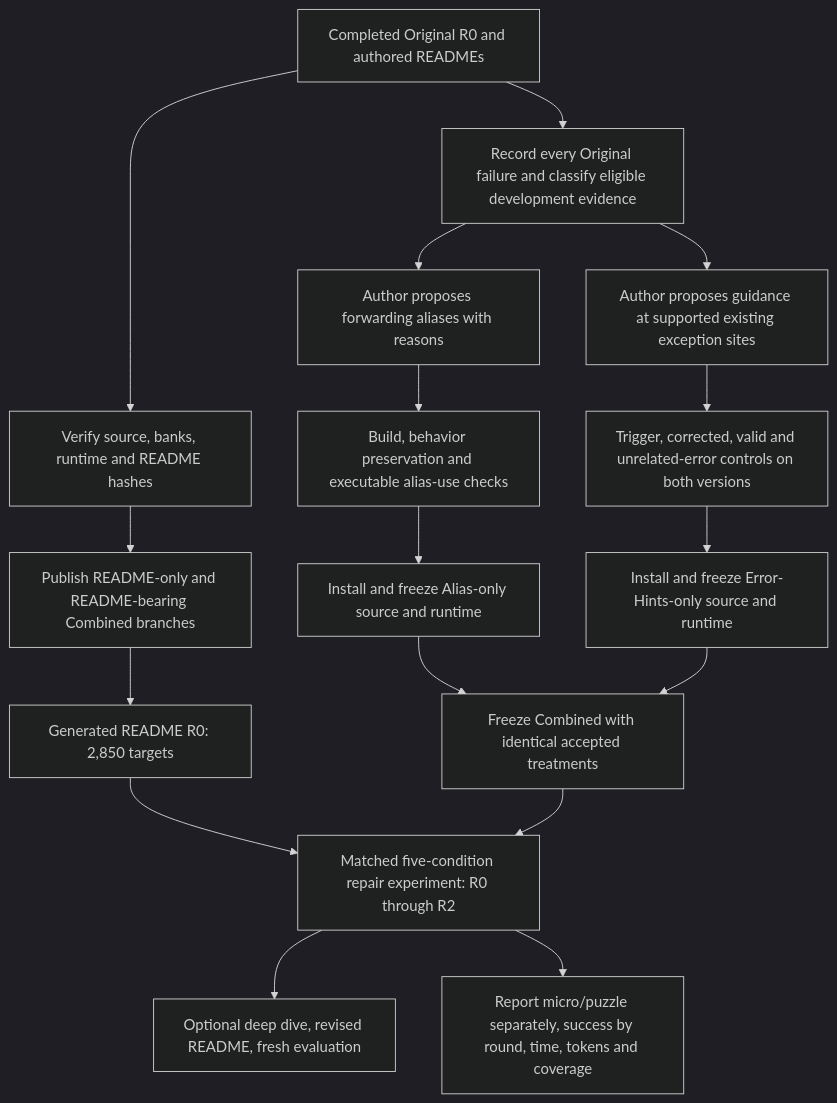
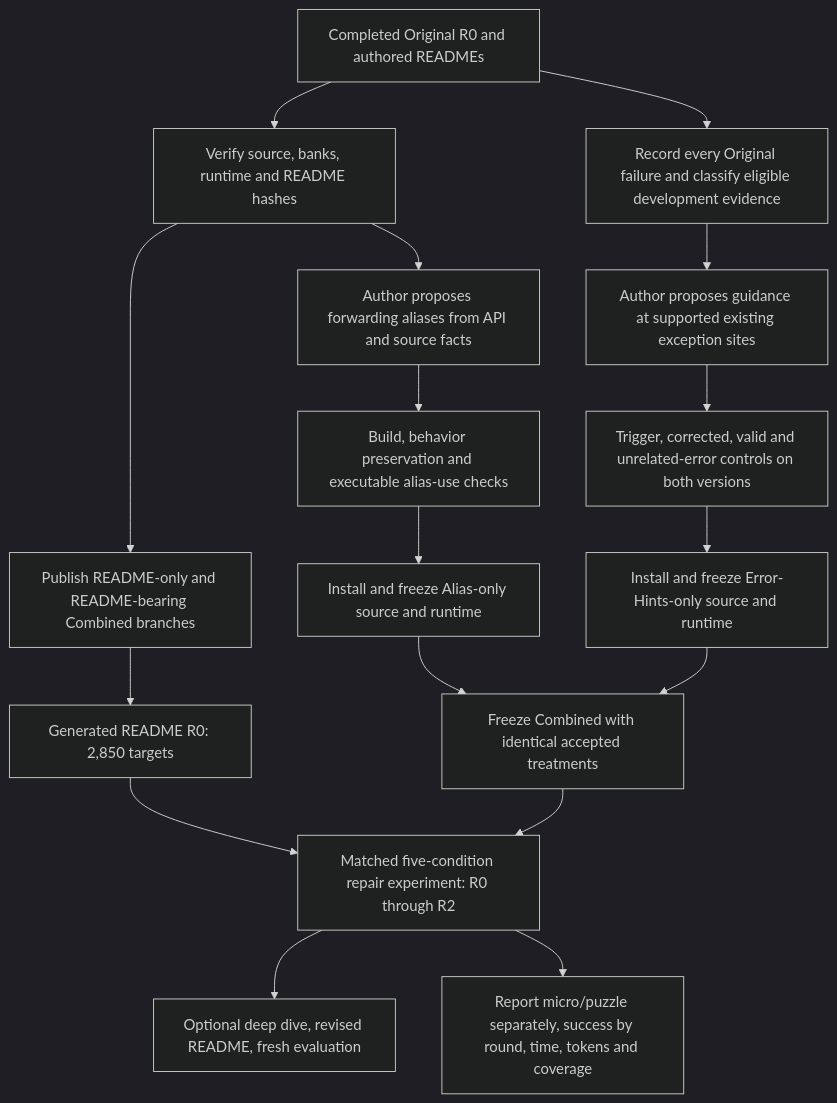
The diagram in experiments/2026-11-17-latest-stable-canonical/operator/ablation/2026-11-18/PLAN.md (ZhuochengShang/AIDEAL), drawn with Mermaid (dark theme) before and after one commit. The commit also changed other lines of this file and 223 other files, not shown here.

````diff
--- a/experiments/2026-11-17-latest-stable-canonical/operator/ablation/2026-11-18/PLAN.md
+++ b/experiments/2026-11-17-latest-stable-canonical/operator/ablation/2026-11-18/PLAN.md
@@ -33,19 +33,19 @@
 ```mermaid
 flowchart TD
   A[Completed Original R0 and authored READMEs] --> B[Verify source, banks, runtime and README hashes]
   B --> C[Publish README-only and README-bearing Combined branches]
   C --> D[Generated README R0: 2,850 targets]
   A --> E[Record every Original failure and classify eligible development evidence]
-  E --> F[Author proposes forwarding aliases with reasons]
+  B --> F[Author proposes forwarding aliases from API and source facts]
   E --> G[Author proposes guidance at supported existing exception sites]
   F --> H[Build, behavior preservation and executable alias-use checks]
   G --> I[Trigger, corrected, valid and unrelated-error controls on both versions]
   H --> J[Install and freeze Alias-only source and runtime]
   I --> K[Install and freeze Error-Hints-only source and runtime]
   J --> L[Freeze Combined with identical accepted treatments]
   K --> L
   D --> M[Matched five-condition repair experiment: R0 through R2]
   L --> M
   M --> N[Optional deep dive, revised README, fresh evaluation]
   M --> O[Report micro/puzzle separately, success by round, time, tokens and coverage]
 ```
````
